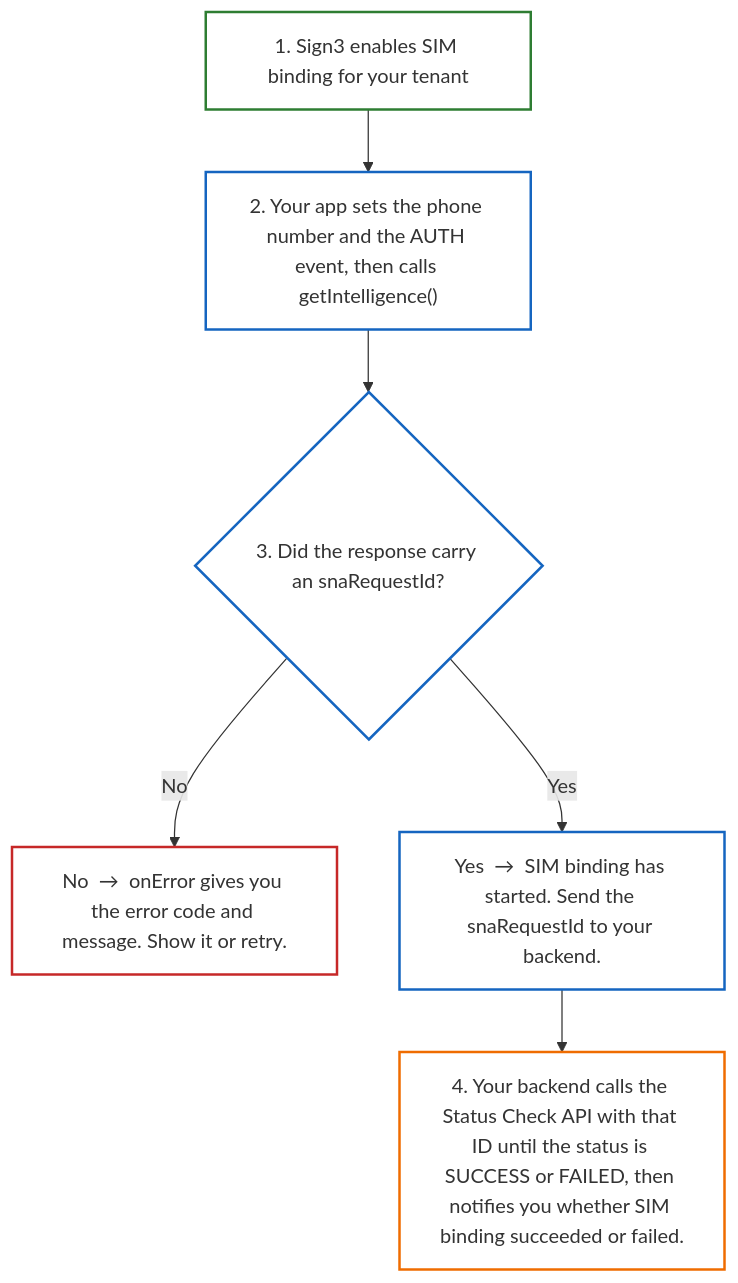
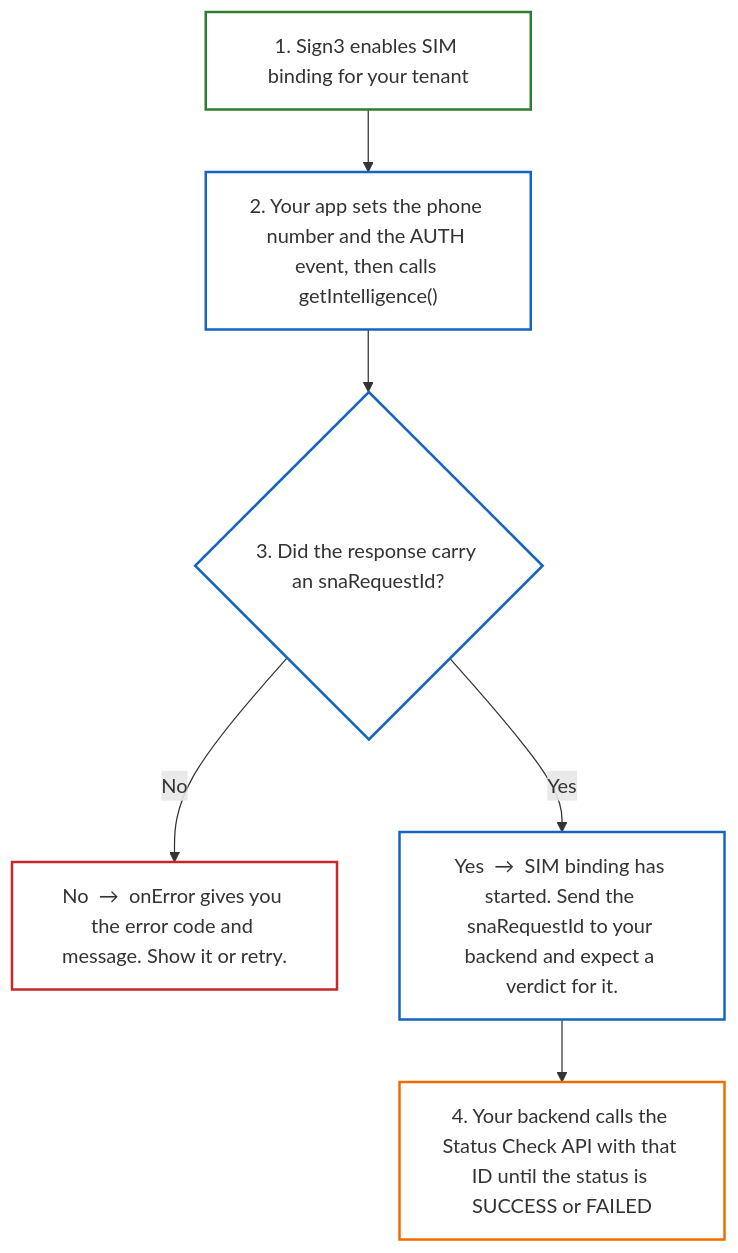
Before and after one commit to Sign3labs/simbinding-integration-guide: the diagram in README.md, drawn with Mermaid. The commit also changed other lines of this file, not shown here.

````diff
--- a/README.md
+++ b/README.md
@@ -689,20 +681,20 @@
 ```mermaid
 flowchart TD
     A["1. Sign3 enables SIM binding for your tenant"]
     B["2. Your app sets the phone number and the AUTH event, then calls getIntelligence()"]
     C{"3. Did the response carry an snaRequestId?"}
     NO["No &nbsp;→&nbsp; onError gives you the error code and message. Show it or retry."]
-    YES["Yes &nbsp;→&nbsp; SIM binding has started. Send the snaRequestId to your backend."]
-    D["4. Your backend calls the Status Check API with that ID until the status is SUCCESS or FAILED, then notifies you whether SIM binding succeeded or failed."]
+    YES["Yes &nbsp;→&nbsp; SIM binding has started. Send the snaRequestId to your backend and expect a verdict for it."]
+    D["4. Your backend calls the Status Check API with that ID until the status is SUCCESS or FAILED"]
 
     A --> B --> C
     C -- No --> NO
     C -- Yes --> YES --> D
 
     style A fill:none,stroke:#2e7d32,stroke-width:2px
     style B fill:none,stroke:#1565c0,stroke-width:2px
     style C fill:none,stroke:#1565c0,stroke-width:2px
     style NO fill:none,stroke:#c62828,stroke-width:2px
     style YES fill:none,stroke:#1565c0,stroke-width:2px
     style D fill:none,stroke:#ef6c00,stroke-width:2px
 ```
````
